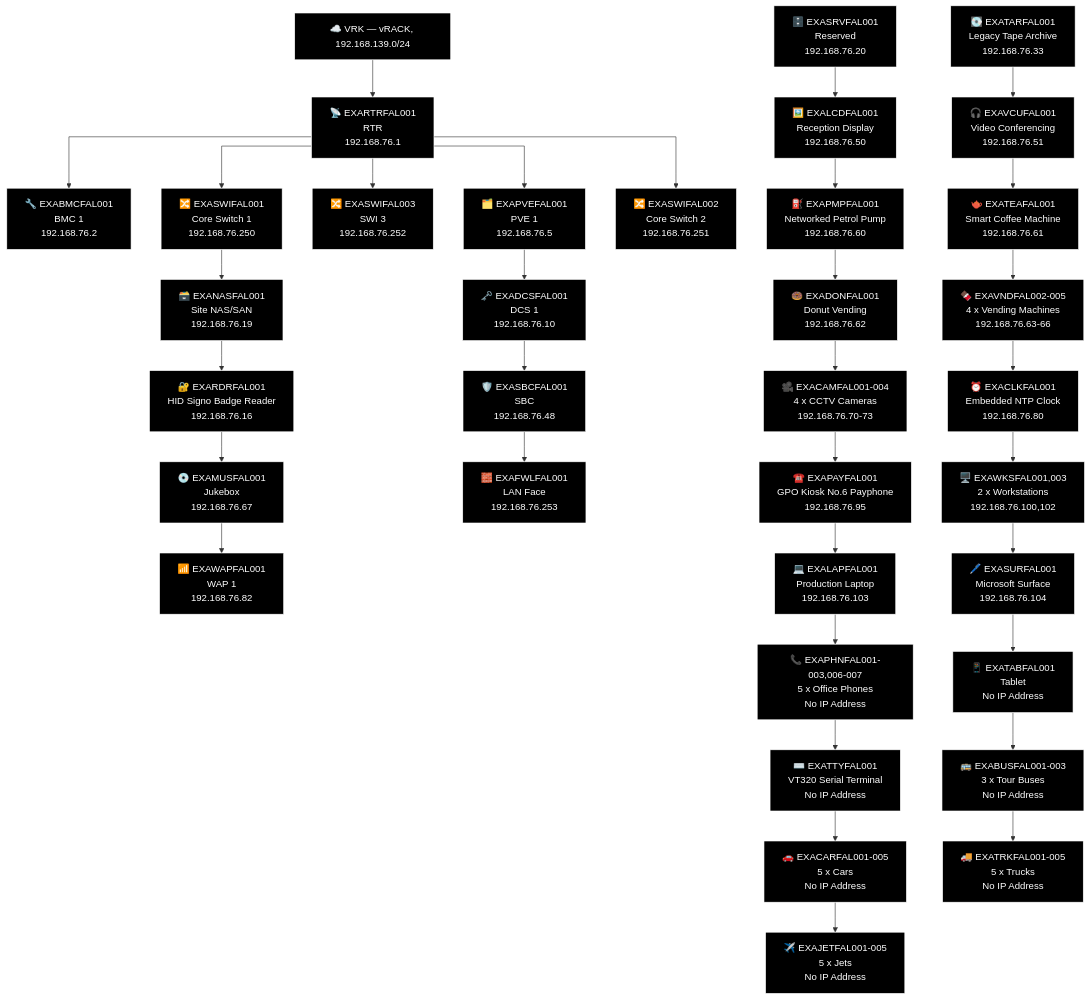
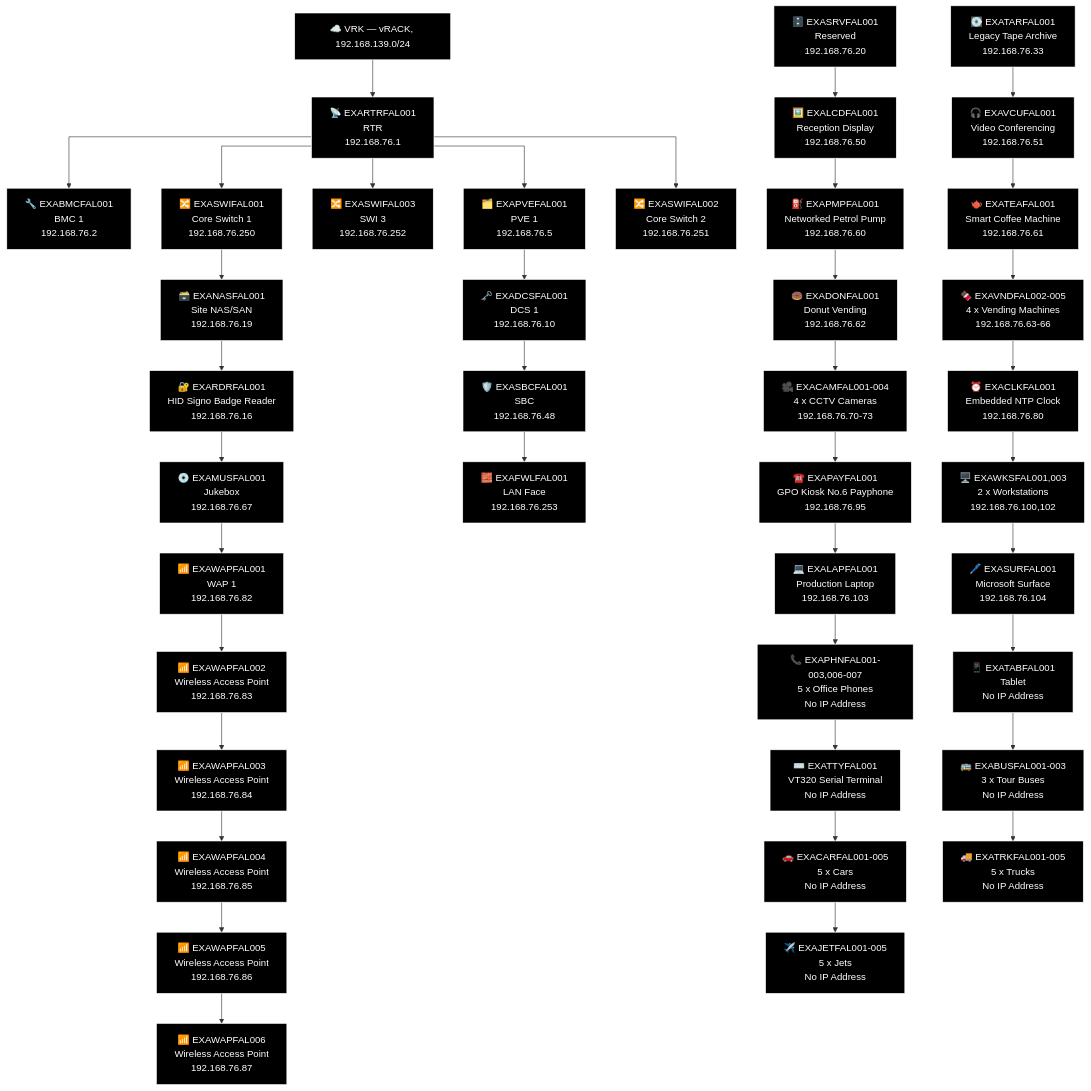
The third of 21 diagrams in docs/network-diagram/scotland.md (knightmare2600/example_music_infra), drawn with Mermaid before and after one commit. The commit also changed other lines of this file and 25 other files, not shown here.

```diff
--- a/docs/network-diagram/scotland.md
+++ b/docs/network-diagram/scotland.md
@@ -255,7 +255,12 @@
     T_RDR["🔐 EXARDRFAL001<br/>HID Signo Badge Reader<br/>192.168.76.16"]
     T_MUS["💿 EXAMUSFAL001<br/>Jukebox<br/>192.168.76.67"]
     T_WAP["📶 EXAWAPFAL001<br/>WAP 1<br/>192.168.76.82"]
-    T_SWI2 --> T_NAS --> T_RDR --> T_MUS --> T_WAP
+    T_WAP2["📶 EXAWAPFAL002<br/>Wireless Access Point<br/>192.168.76.83"]
+    T_WAP3["📶 EXAWAPFAL003<br/>Wireless Access Point<br/>192.168.76.84"]
+    T_WAP4["📶 EXAWAPFAL004<br/>Wireless Access Point<br/>192.168.76.85"]
+    T_WAP5["📶 EXAWAPFAL005<br/>Wireless Access Point<br/>192.168.76.86"]
+    T_WAP6["📶 EXAWAPFAL006<br/>Wireless Access Point<br/>192.168.76.87"]
+    T_SWI2 --> T_NAS --> T_RDR --> T_MUS --> T_WAP --> T_WAP2 --> T_WAP3 --> T_WAP4 --> T_WAP5 --> T_WAP6
     T_DCS["🗝️ EXADCSFAL001<br/>DCS 1<br/>192.168.76.10"]
     T_SBC["🛡️ EXASBCFAL001<br/>SBC<br/>192.168.76.48"]
     T_FWL["🧱 EXAFWLFAL001<br/>LAN Face<br/>192.168.76.253"]
@@ -294,6 +299,11 @@
     style T_RDR fill:#000000,stroke:#FFFFFF,color:#FFFFFF
     style T_MUS fill:#000000,stroke:#FFFFFF,color:#FFFFFF
     style T_WAP fill:#000000,stroke:#FFFFFF,color:#FFFFFF
+    style T_WAP2 fill:#000000,stroke:#FFFFFF,color:#FFFFFF
+    style T_WAP3 fill:#000000,stroke:#FFFFFF,color:#FFFFFF
+    style T_WAP4 fill:#000000,stroke:#FFFFFF,color:#FFFFFF
+    style T_WAP5 fill:#000000,stroke:#FFFFFF,color:#FFFFFF
+    style T_WAP6 fill:#000000,stroke:#FFFFFF,color:#FFFFFF
     style T_DCS fill:#000000,stroke:#FFFFFF,color:#FFFFFF
     style T_SBC fill:#000000,stroke:#FFFFFF,color:#FFFFFF
     style T_FWL fill:#000000,stroke:#FFFFFF,color:#FFFFFF
```
